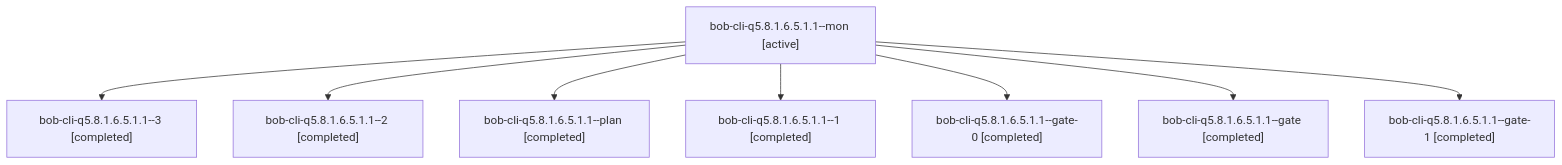
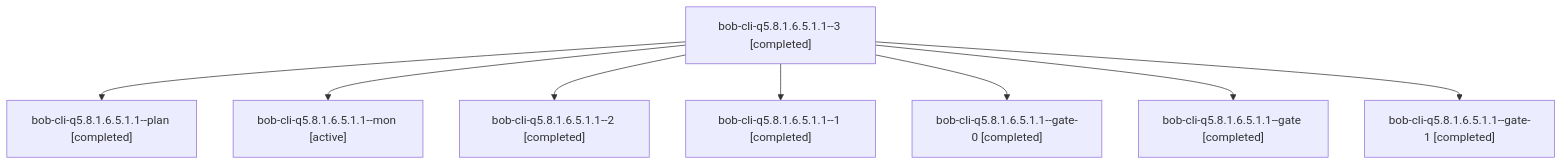
Before and after one commit to bobs-org/bob-cli--agents: the diagram in sessions/bbugyi200.athena.bob-cli-q5.8.1.6.5.1.1.md, drawn with Mermaid. The commit also changed other lines of this file and 16 other files, not shown here.

````diff
--- a/sessions/bbugyi200.athena.bob-cli-q5.8.1.6.5.1.1.md
+++ b/sessions/bbugyi200.athena.bob-cli-q5.8.1.6.5.1.1.md
@@ -9,18 +9,18 @@
 ```mermaid
 flowchart TD
-  n0["bob-cli-q5.8.1.6.5.1.1--mon [active]"]
-  n1["bob-cli-q5.8.1.6.5.1.1--3 [completed]"]
+  n0["bob-cli-q5.8.1.6.5.1.1--3 [completed]"]
+  n1["bob-cli-q5.8.1.6.5.1.1--plan [completed]"]
   n0 --> n1
-  n2["bob-cli-q5.8.1.6.5.1.1--2 [completed]"]
+  n2["bob-cli-q5.8.1.6.5.1.1--mon [active]"]
   n0 --> n2
-  n3["bob-cli-q5.8.1.6.5.1.1--plan [completed]"]
+  n3["bob-cli-q5.8.1.6.5.1.1--2 [completed]"]
   n0 --> n3
   n4["bob-cli-q5.8.1.6.5.1.1--1 [completed]"]
   n0 --> n4
   n5["bob-cli-q5.8.1.6.5.1.1--gate-0 [completed]"]
   n0 --> n5
   n6["bob-cli-q5.8.1.6.5.1.1--gate [completed]"]
   n0 --> n6
   n7["bob-cli-q5.8.1.6.5.1.1--gate-1 [completed]"]
   n0 --> n7
 ```
````
